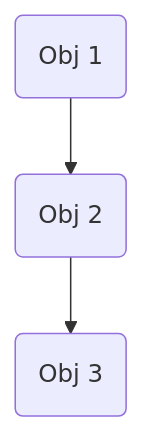
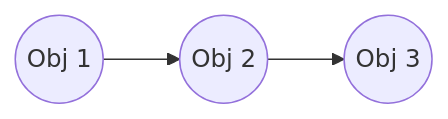
One commit to antonioseoane/LDDtemplate changed the diagram in docs/LV01/LV01_10_Map.md. Above: the diagram before and after it, drawn with Mermaid.

````diff
--- a/docs/LV01/LV01_10_Map.md
+++ b/docs/LV01/LV01_10_Map.md
@@ -19,5 +19,5 @@
 ```mermaid
-graph TD
-    A(Obj 1) -->B(Obj 2)
-    B(Obj 2) -->C(Obj 3)
+graph LR
+    A((Obj 1)) -->B((Obj 2))
+    B((Obj 2)) -->C((Obj 3))
 ```
````
